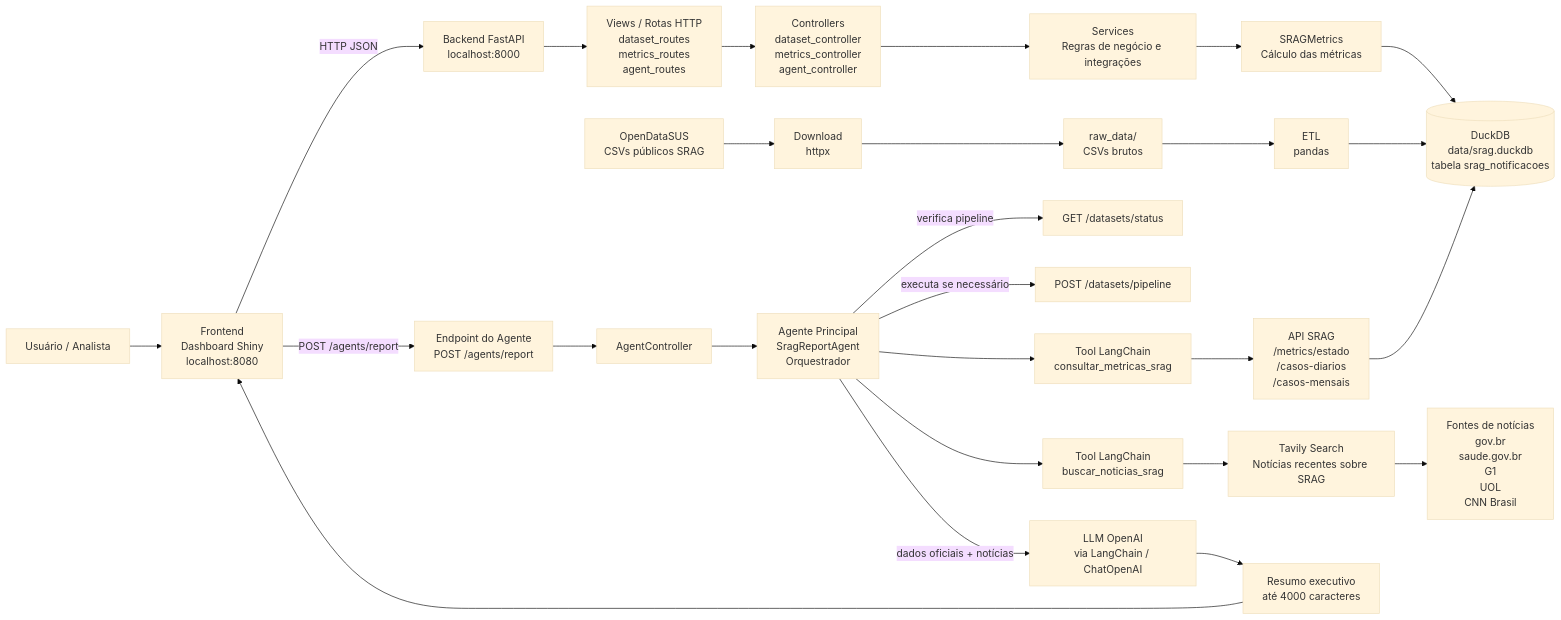
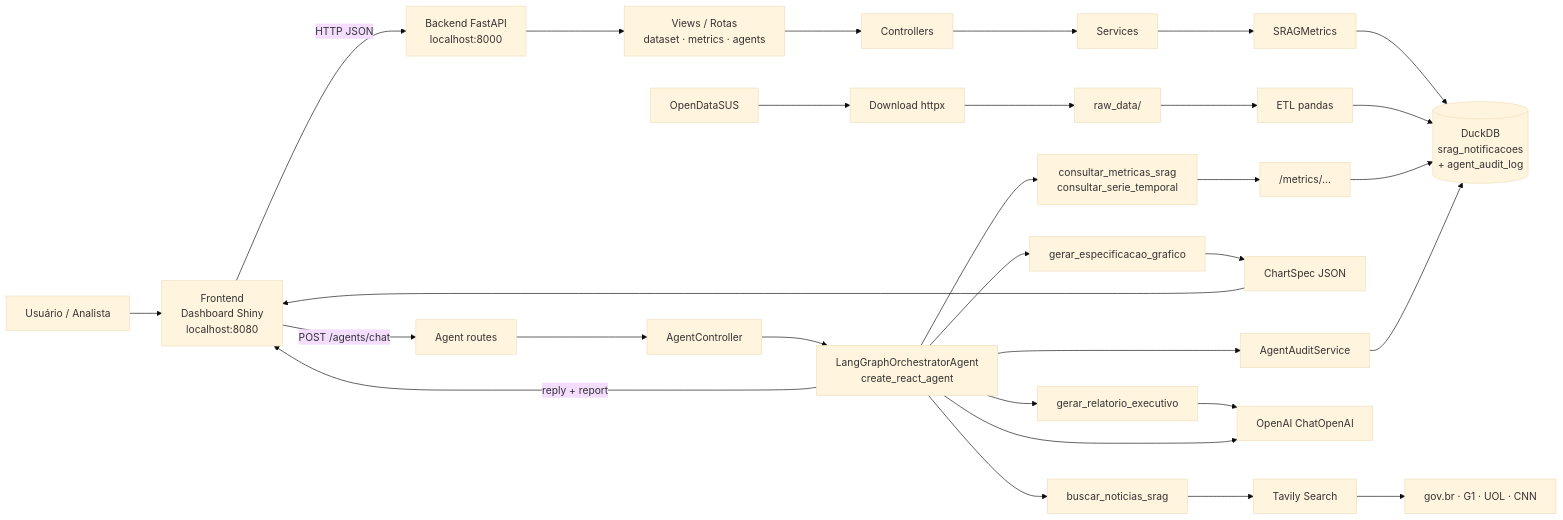
One commit to johnwsl/srag-data-health-agent-monitor changed the first of 2 diagrams in docs/arquitetura_solucao_srag.md. Above: the diagram before and after it, drawn with Mermaid (base theme). The commit also changed other lines of this file and 6 other files, not shown here.

````diff
--- a/docs/arquitetura_solucao_srag.md
+++ b/docs/arquitetura_solucao_srag.md
@@ -9,36 +9,42 @@
 ```mermaid
 flowchart LR
     Usuario[Usuário / Analista] --> Frontend[Frontend<br/>Dashboard Shiny<br/>localhost:8080]
 
     Frontend -->|HTTP JSON| API[Backend FastAPI<br/>localhost:8000]
-    API --> Views[Views / Rotas HTTP<br/>dataset_routes<br/>metrics_routes<br/>agent_routes]
-    Views --> Controllers[Controllers<br/>dataset_controller<br/>metrics_controller<br/>agent_controller]
-    Controllers --> Services[Services<br/>Regras de negócio e integrações]
+    API --> Views[Views / Rotas<br/>dataset · metrics · agents]
+    Views --> Controllers[Controllers]
+    Controllers --> Services[Services]
 
-    Services --> MetricsService[SRAGMetrics<br/>Cálculo das métricas]
-    MetricsService --> DuckDB[(DuckDB<br/>data/srag.duckdb<br/>tabela srag_notificacoes)]
+    Services --> MetricsService[SRAGMetrics]
+    MetricsService --> DuckDB[(DuckDB<br/>srag_notificacoes<br/>+ agent_audit_log)]
 
-    OpenDataSUS[OpenDataSUS<br/>CSVs públicos SRAG] --> Downloader[Download<br/>httpx]
-    Downloader --> RawData[raw_data/<br/>CSVs brutos]
-    RawData --> ETL[ETL<br/>pandas]
+    OpenDataSUS[OpenDataSUS] --> Downloader[Download httpx]
+    Downloader --> RawData[raw_data/]
+    RawData --> ETL[ETL pandas]
     ETL --> DuckDB
 
-    Frontend -->|POST /agents/report| AgentEndpoint[Endpoint do Agente<br/>POST /agents/report]
+    Frontend -->|POST /agents/chat| AgentEndpoint[Agent routes]
     AgentEndpoint --> AgentController[AgentController]
-    AgentController --> Orchestrator[Agente Principal<br/>SragReportAgent<br/>Orquestrador]
+    AgentController --> Orchestrator[LangGraphOrchestratorAgent<br/>create_react_agent]
 
-    Orchestrator -->|verifica pipeline| PipelineStatus[GET /datasets/status]
-    Orchestrator -->|executa se necessário| PipelineRun[POST /datasets/pipeline]
-
-    Orchestrator --> MetricsTool[Tool LangChain<br/>consultar_metricas_srag]
-    MetricsTool --> MetricsAPI[API SRAG<br/>/metrics/estado<br/>/casos-diarios<br/>/casos-mensais]
+    Orchestrator --> MetricsTool[consultar_metricas_srag<br/>consultar_serie_temporal]
+    MetricsTool --> MetricsAPI["/metrics/..."]
     MetricsAPI --> DuckDB
 
-    Orchestrator --> NewsTool[Tool LangChain<br/>buscar_noticias_srag]
-    NewsTool --> Tavily[Tavily Search<br/>Notícias recentes sobre SRAG]
-    Tavily --> NewsSources[Fontes de notícias<br/>gov.br<br/>saude.gov.br<br/>G1<br/>UOL<br/>CNN Brasil]
+    Orchestrator --> ChartTool[gerar_especificacao_grafico]
+    ChartTool --> ChartSpec[ChartSpec JSON]
+    ChartSpec --> Frontend
 
-    Orchestrator -->|dados oficiais + notícias| LLM[LLM OpenAI<br/>via LangChain / ChatOpenAI]
-    LLM --> Summary[Resumo executivo<br/>até 4000 caracteres]
-    Summary --> Frontend
+    Orchestrator --> NewsTool[buscar_noticias_srag]
+    NewsTool --> Tavily[Tavily Search]
+    Tavily --> NewsSources[gov.br · G1 · UOL · CNN]
+
+    Orchestrator --> ReportTool[gerar_relatorio_executivo]
+    ReportTool --> LLM[OpenAI ChatOpenAI]
+    Orchestrator --> LLM
+
+    Orchestrator --> Audit[AgentAuditService]
+    Audit --> DuckDB
+
+    Orchestrator -->|reply + report| Frontend
 ```
````
